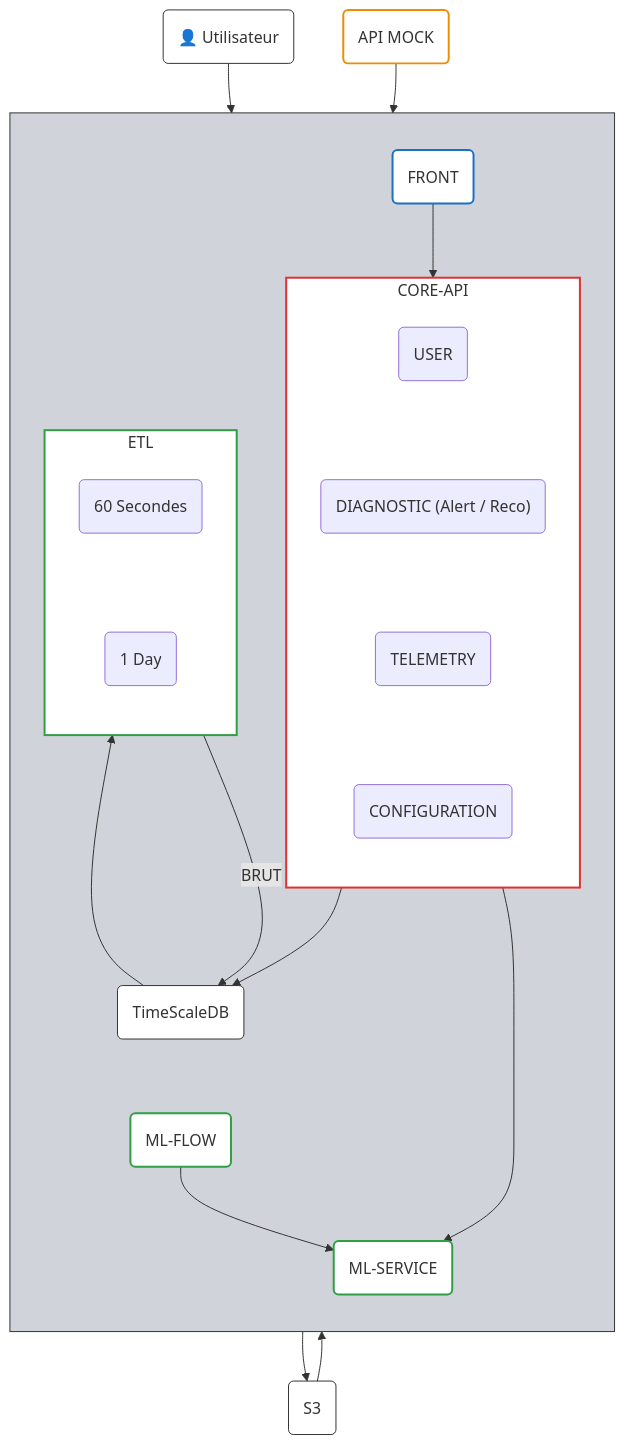
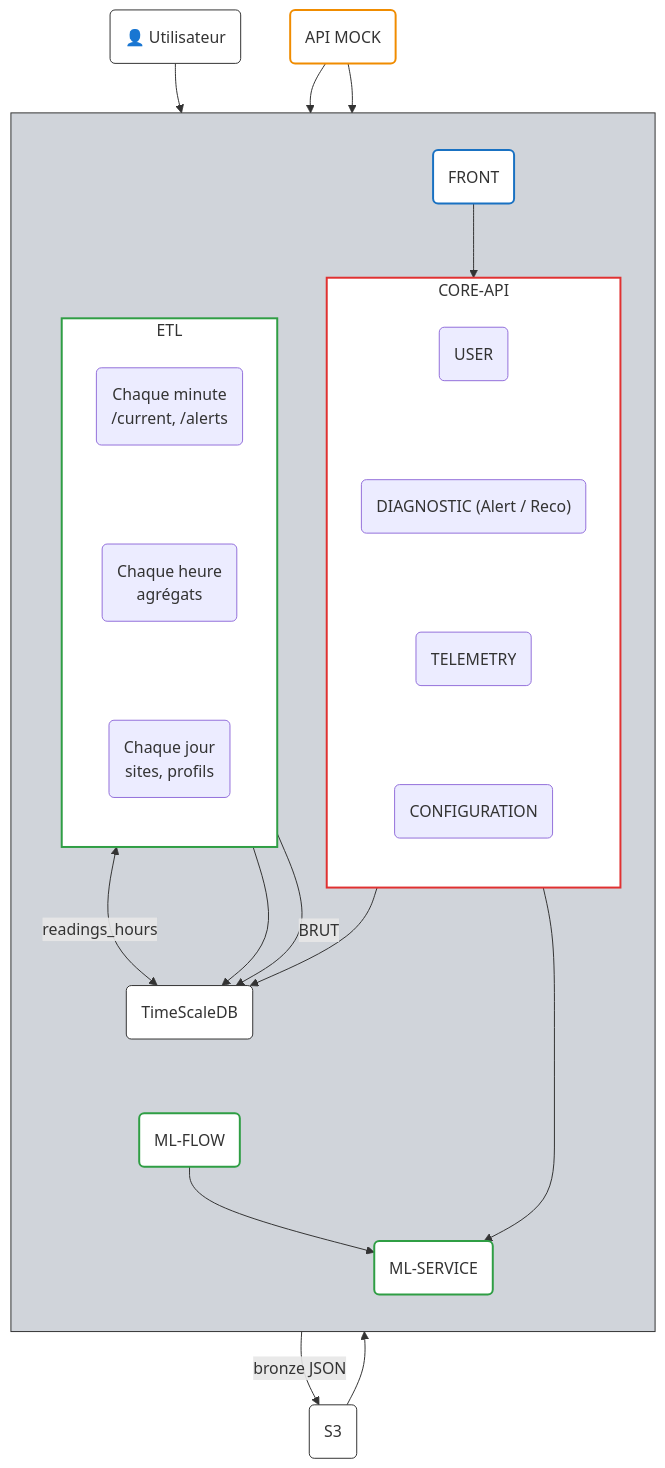
Before and after one commit to enervision-project/smart-energy-optimizer: the diagram in docs/doc-technique/architecture-applicative.md, drawn with Mermaid. The commit also changed 1 other file, not shown here.

Commit message:
docs(etl): documentation de la collecte et schéma d'architecture à jour

````diff
--- a/docs/doc-technique/architecture-applicative.md
+++ b/docs/doc-technique/architecture-applicative.md
@@ -4,60 +4,63 @@
 ```mermaid
 flowchart TD
     USER_ACTOR("👤 Utilisateur")
     API_MOCK("API MOCK")
 
 subgraph PLATFORM[" "]
 direction TB
 FRONT("FRONT")
 
 subgraph CORE["CORE-API"]
 direction TB
 USER("USER")
 DIAG("DIAGNOSTIC (Alert / Reco)")
 TELEM("TELEMETRY")
 CONF("CONFIGURATION")
 USER ~~~ DIAG ~~~ TELEM ~~~ CONF
 end
 
 MLSERVICE("ML-SERVICE")
 
 subgraph ETL["ETL"]
 direction TB
-E60("60 Secondes")
-E1D("1 Day")
-E60 ~~~ E1D
+E60("Chaque minute<br/>/current, /alerts")
+EH("Chaque heure<br/>agrégats")
+E1D("Chaque jour<br/>sites, profils")
+E60 ~~~ EH ~~~ E1D
 end
 
 TSDB("TimeScaleDB")
 MLFLOW("ML-FLOW")
 end
 
 S3("S3")
 
 USER_ACTOR --> FRONT
 FRONT --> CORE
 TELEM --> MLSERVICE
 CORE --> TSDB
 
 API_MOCK --> E60
+API_MOCK --> E1D
 E60 -->|BRUT| TSDB
-TSDB --> E1D
-E1D --> S3
+E60 -->|bronze JSON| S3
+E1D --> TSDB
+TSDB <-->|readings_hours| EH
 
 S3 --> MLFLOW
 MLFLOW --> MLSERVICE
 
 ETL ~~~ TSDB ~~~ MLFLOW
 
 classDef front fill:#fff,stroke:#1971c2,stroke-width:2px
 classDef core fill:#fff,stroke:#e03131,stroke-width:2px
 classDef green fill:#fff,stroke:#2f9e44,stroke-width:2px
 classDef orange fill:#fff,stroke:#f08c00,stroke-width:2px
 classDef plain fill:#fff,stroke:#333,stroke-width:1px
 class FRONT front
 class CORE core
 class ETL,MLSERVICE,MLFLOW green
 class API_MOCK orange
 class TSDB,S3,USER_ACTOR plain
 style PLATFORM fill:#d0d4da,stroke:#333
 ```
````
